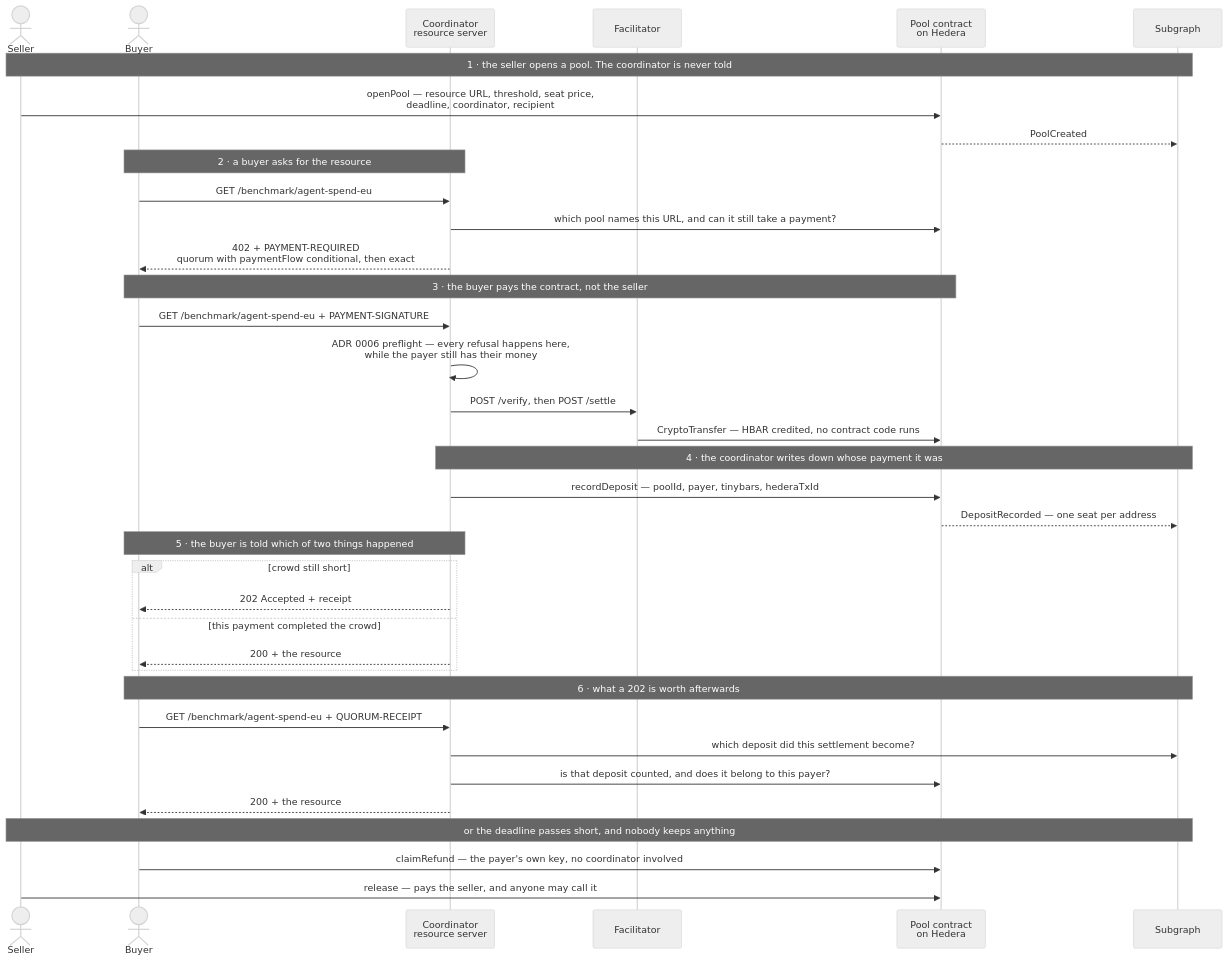
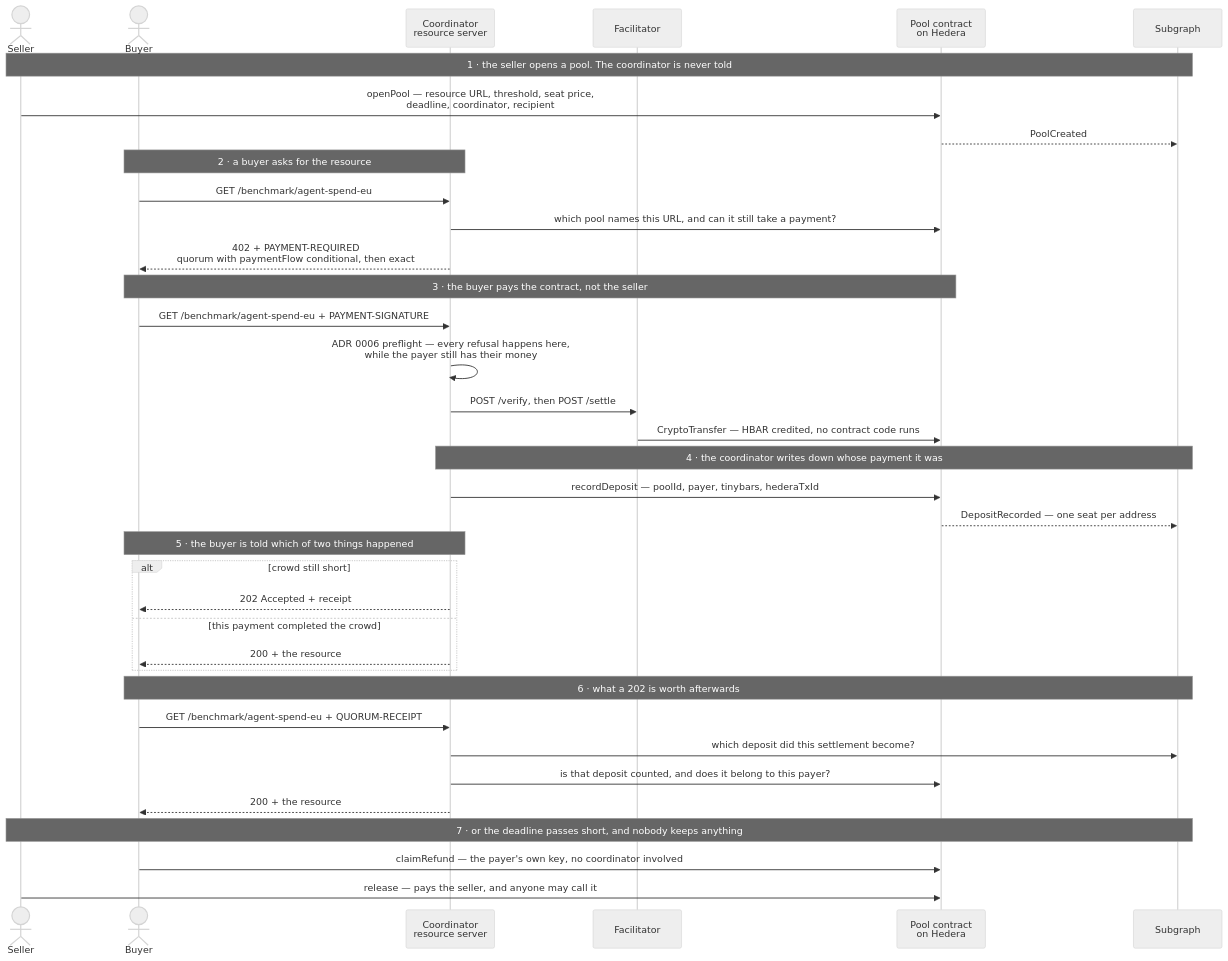
One commit to lxfoundry/quorum402 changed the diagram in README.md. Above: the diagram before and after it, drawn with Mermaid (neutral theme). The commit also changed other lines of this file, not shown here.

````diff
--- a/README.md
+++ b/README.md
@@ -55,45 +55,45 @@
 ```mermaid
 sequenceDiagram
     actor S as Seller
     actor B as Buyer
     participant RS as Coordinator<br/>resource server
     participant F as Facilitator
     participant P as Pool contract<br/>on Hedera
     participant G as Subgraph
 
     Note over S,G: 1 · the seller opens a pool. The coordinator is never told
     S->>P: openPool — resource URL, threshold, seat price,<br/>deadline, coordinator, recipient
     P-->>G: PoolCreated
 
     Note over B,RS: 2 · a buyer asks for the resource
     B->>RS: GET /benchmark/agent-spend-eu
     RS->>P: which pool names this URL, and can it still take a payment?
     RS-->>B: 402 + PAYMENT-REQUIRED<br/>quorum with paymentFlow conditional, then exact
 
     Note over B,P: 3 · the buyer pays the contract, not the seller
     B->>RS: GET /benchmark/agent-spend-eu + PAYMENT-SIGNATURE
     RS->>RS: ADR 0006 preflight — every refusal happens here,<br/>while the payer still has their money
     RS->>F: POST /verify, then POST /settle
     F->>P: CryptoTransfer — HBAR credited, no contract code runs
 
     Note over RS,G: 4 · the coordinator writes down whose payment it was
     RS->>P: recordDeposit — poolId, payer, tinybars, hederaTxId
     P-->>G: DepositRecorded — one seat per address
 
     Note over B,RS: 5 · the buyer is told which of two things happened
     alt crowd still short
         RS-->>B: 202 Accepted + receipt
     else this payment completed the crowd
         RS-->>B: 200 + the resource
     end
 
     Note over B,G: 6 · what a 202 is worth afterwards
     B->>RS: GET /benchmark/agent-spend-eu + QUORUM-RECEIPT
     RS->>G: which deposit did this settlement become?
     RS->>P: is that deposit counted, and does it belong to this payer?
     RS-->>B: 200 + the resource
 
-    Note over S,G: or the deadline passes short, and nobody keeps anything
+    Note over S,G: 7 · or the deadline passes short, and nobody keeps anything
     B->>P: claimRefund — the payer's own key, no coordinator involved
     S->>P: release — pays the seller, and anyone may call it
 ```
````
